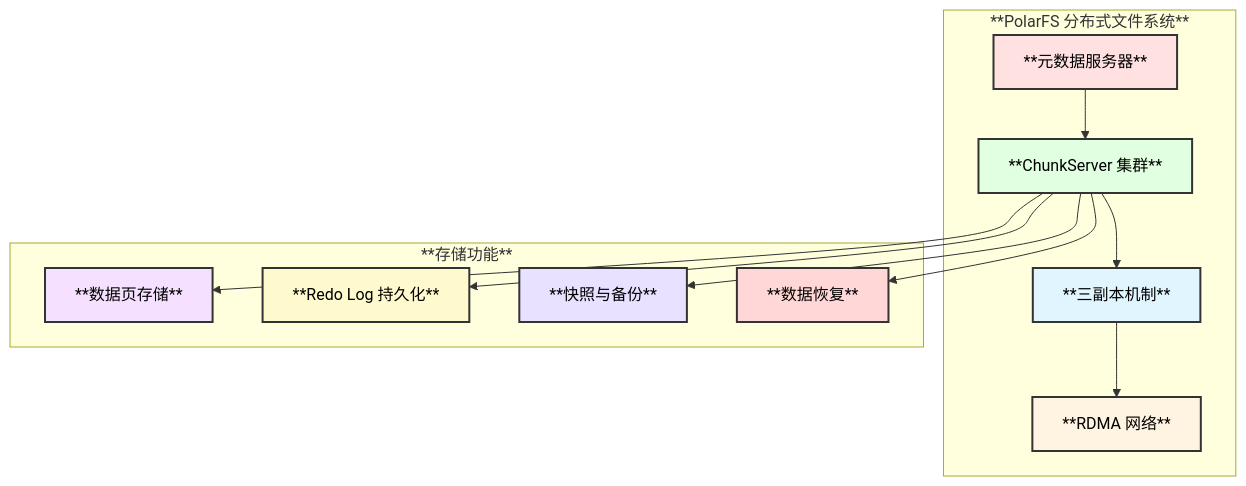
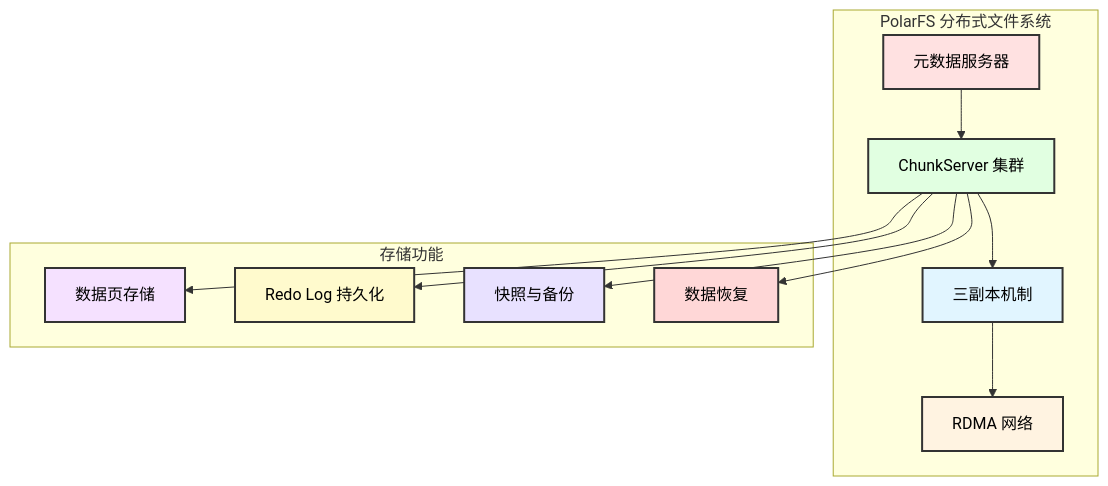
The third of 29 diagrams in vdocs/design/PolarDB_Architecture.md (victor1589007281/percona-server), drawn with Mermaid before and after one commit. The commit also changed other lines of this file and 141 other files, not shown here.

````diff
--- a/vdocs/design/PolarDB_Architecture.md
+++ b/vdocs/design/PolarDB_Architecture.md
@@ -122,34 +122,34 @@
 ```mermaid
 graph TB
-    subgraph "**PolarFS 分布式文件系统**"
-        A[**元数据服务器**]
-        B[**ChunkServer 集群**]
-        C[**三副本机制**]
-        D[**RDMA 网络**]
+    subgraph "PolarFS 分布式文件系统"
+        A["元数据服务器"]
+        B["ChunkServer 集群"]
+        C["三副本机制"]
+        D["RDMA 网络"]
     end
     
-    subgraph "**存储功能**"
-        E[**数据页存储**]
-        F[**Redo Log 持久化**]
-        G[**快照与备份**]
-        H[**数据恢复**]
+    subgraph "存储功能"
+        E["数据页存储"]
+        F["Redo Log 持久化"]
+        G["快照与备份"]
+        H["数据恢复"]
     end
     
     A --> B
     B --> C
     C --> D
     
     B --> E
     B --> F
     B --> G
     B --> H
     
     style A fill:#ffe1e1,stroke:#333,stroke-width:2px,color:#000
     style B fill:#e1ffe1,stroke:#333,stroke-width:2px,color:#000
     style C fill:#e1f5ff,stroke:#333,stroke-width:2px,color:#000
     style D fill:#fff3e1,stroke:#333,stroke-width:2px,color:#000
     style E fill:#f5e1ff,stroke:#333,stroke-width:2px,color:#000
     style F fill:#fffacd,stroke:#333,stroke-width:2px,color:#000
     style G fill:#e8e1ff,stroke:#333,stroke-width:2px,color:#000
     style H fill:#ffd7d7,stroke:#333,stroke-width:2px,color:#000
 ```
````
